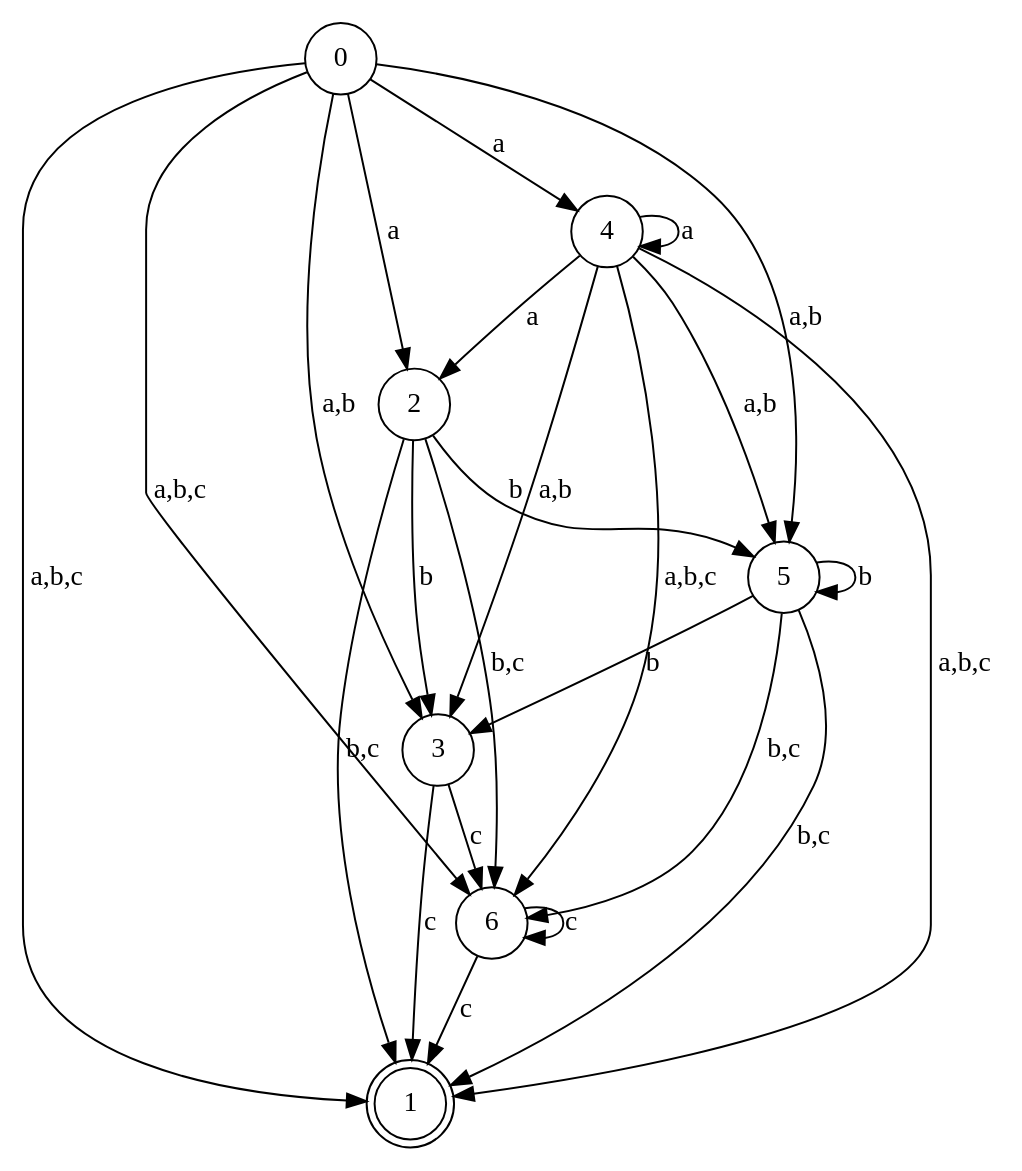
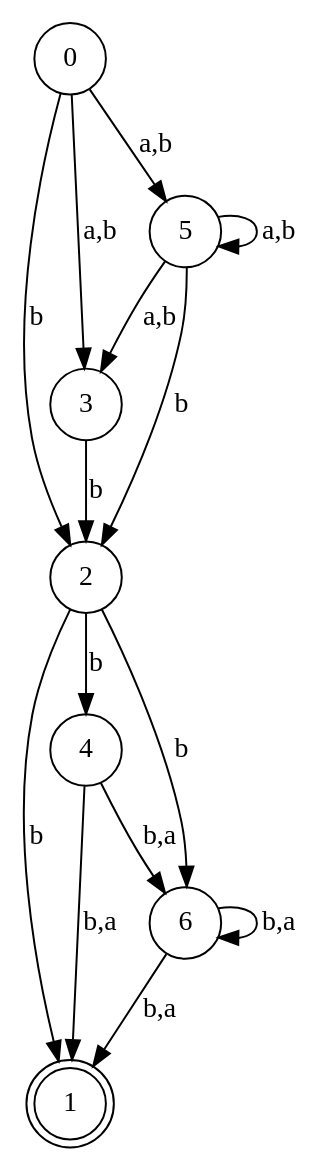
One commit to igorbragaia/CTC-34 changed the diagram in projeto_1/test-output/graph.gv. Above: the diagram before and after it, drawn with Graphviz. The commit also changed 2 other files, not shown here.

```diff
--- a/projeto_1/test-output/graph.gv
+++ b/projeto_1/test-output/graph.gv
@@ -1,33 +1,23 @@
 digraph {
 	0 [shape=circle]
 	1 [shape=doublecircle]
 	2 [shape=circle]
 	3 [shape=circle]
 	4 [shape=circle]
 	5 [shape=circle]
 	6 [shape=circle]
-	0 -> 4 [label=a]
-	0 -> 2 [label=a]
 	0 -> 5 [label="a,b"]
 	0 -> 3 [label="a,b"]
-	0 -> 6 [label="a,b,c"]
-	0 -> 1 [label="a,b,c"]
-	2 -> 5 [label=b]
-	2 -> 3 [label=b]
-	2 -> 6 [label="b,c"]
-	2 -> 1 [label="b,c"]
-	3 -> 6 [label=c]
-	3 -> 1 [label=c]
-	4 -> 4 [label=a]
-	4 -> 2 [label=a]
-	4 -> 5 [label="a,b"]
-	4 -> 3 [label="a,b"]
-	4 -> 6 [label="a,b,c"]
-	4 -> 1 [label="a,b,c"]
-	5 -> 5 [label=b]
-	5 -> 3 [label=b]
-	5 -> 6 [label="b,c"]
-	5 -> 1 [label="b,c"]
-	6 -> 6 [label=c]
-	6 -> 1 [label=c]
+	0 -> 2 [label=b]
+	2 -> 4 [label=b]
+	2 -> 6 [label=b]
+	2 -> 1 [label=b]
+	3 -> 2 [label=b]
+	4 -> 6 [label="b,a"]
+	4 -> 1 [label="b,a"]
+	5 -> 5 [label="a,b"]
+	5 -> 3 [label="a,b"]
+	5 -> 2 [label=b]
+	6 -> 6 [label="b,a"]
+	6 -> 1 [label="b,a"]
 }
```
